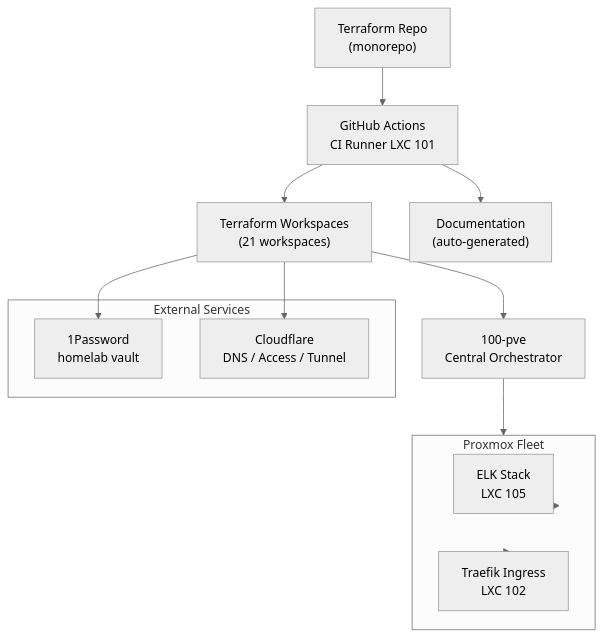
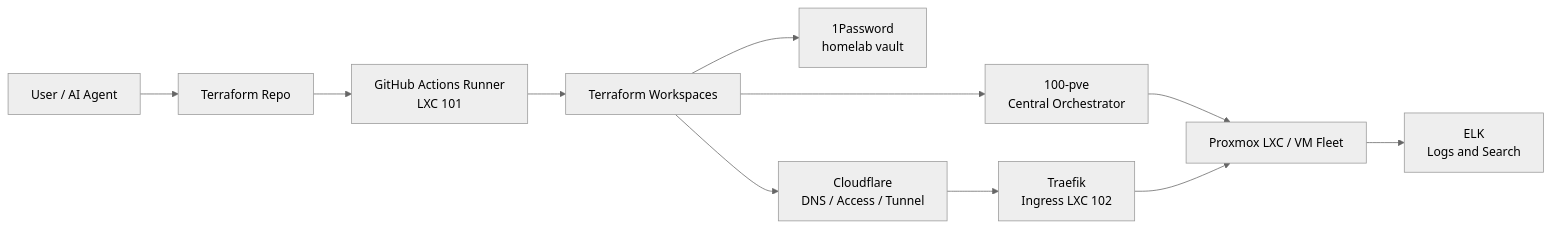
One commit to jclee941/terraform changed the diagram in README.md. Above: the diagram before and after it, drawn with Mermaid (neutral theme). The commit also changed other lines of this file, not shown here.

Commit message:
docs: auto-update README.md

````diff
--- a/README.md
+++ b/README.md
@@ -57,22 +54,13 @@
 ```mermaid
-flowchart TB
-    Repo["Terraform Repo\n(monorepo)"] --> CI["GitHub Actions\nCI Runner LXC 101"]
-    CI --> TF["Terraform Workspaces\n(21 workspaces)"]
-    TF --> PVE["100-pve\nCentral Orchestrator"]
-    PVE --> Fleet["Proxmox LXC/VM Fleet\n22 LXCs + 4 VMs"]
-    Fleet --> ELK["ELK Stack\nLXC 105"]
-    Fleet --> Traefik["Traefik Ingress\nLXC 102"]
-    TF --> OP["1Password\nhomelab vault"]
-    TF --> CF["Cloudflare\nDNS / Access / Tunnel"]
-    CI --> Docs["Documentation\n(auto-generated)"]
-
-    subgraph External["External Services"]
-        CF
-        OP
-    end
-
-    subgraph Fleet["Proxmox Fleet"]
-        ELK
-        Traefik
-    end
+flowchart LR
+    Agent["User / AI Agent"] --> Repo["Terraform Repo"]
+    Repo --> CI["GitHub Actions Runner<br/>LXC 101"]
+    CI --> TF["Terraform Workspaces"]
+    TF --> PVE["100-pve<br/>Central Orchestrator"]
+    PVE --> Fleet["Proxmox LXC / VM Fleet"]
+    TF --> OP["1Password<br/>homelab vault"]
+    TF --> CF["Cloudflare<br/>DNS / Access / Tunnel"]
+    Fleet --> ELK["ELK<br/>Logs and Search"]
+    CF --> Traefik["Traefik<br/>Ingress LXC 102"]
+    Traefik --> Fleet
 ```
````
